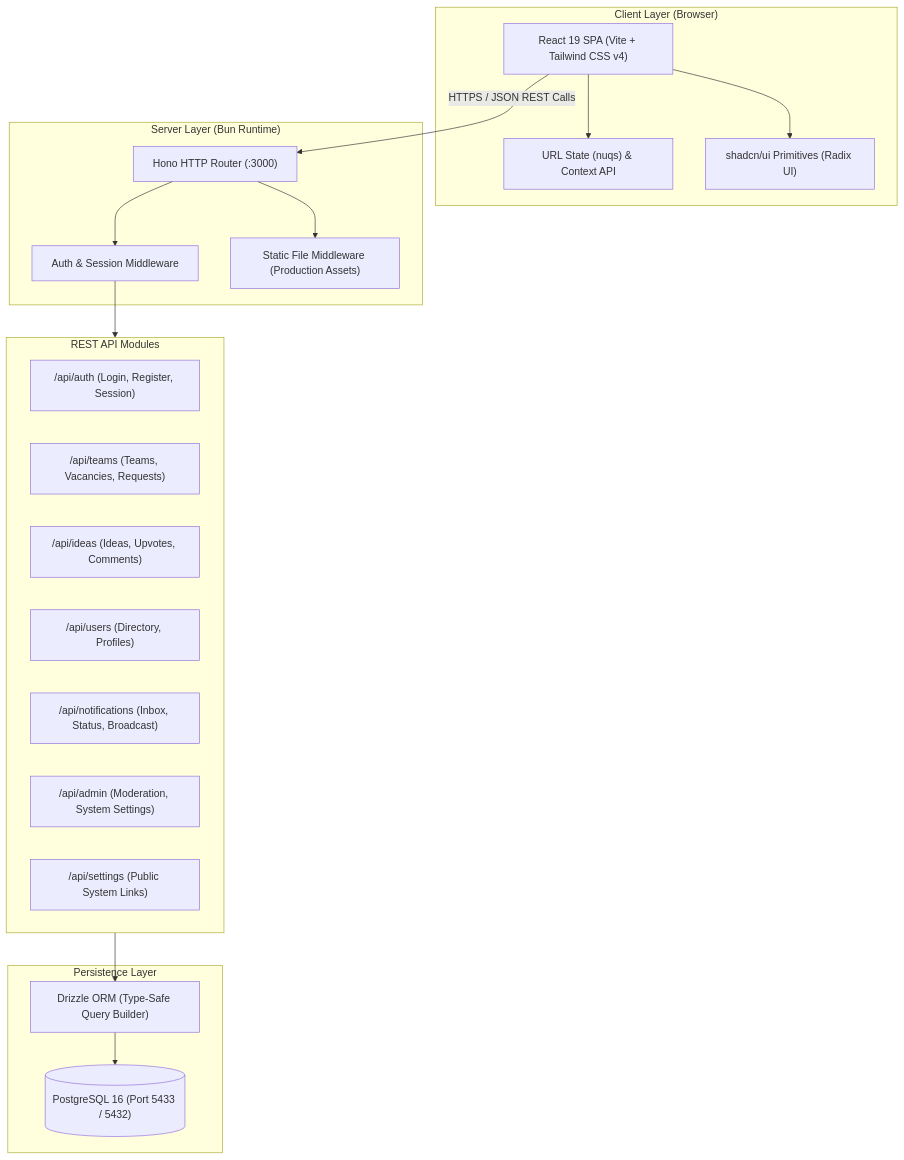
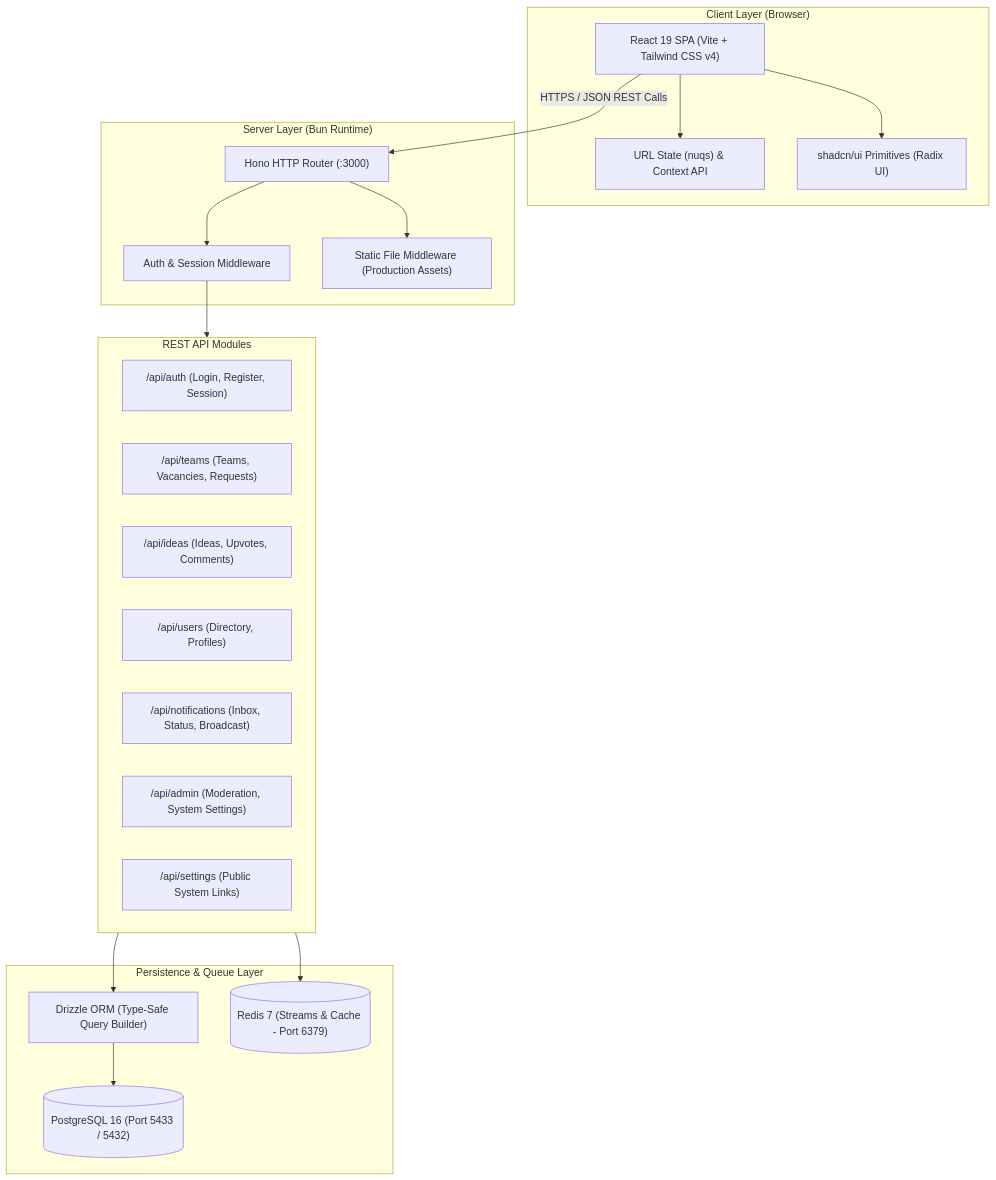
The first of 4 diagrams in docs/architecture.md (rafifmsn/umbc), drawn with Mermaid before and after one commit. The commit also changed other lines of this file, not shown here.

Commit message:
docs(architecture): document redis streams queue, rate limiter, and cache architecture

````diff
--- a/docs/architecture.md
+++ b/docs/architecture.md
@@ -11,39 +11,41 @@
 ```mermaid
 flowchart TD
     subgraph Client ["Client Layer (Browser)"]
         UI["React 19 SPA (Vite + Tailwind CSS v4)"]
         State["URL State (nuqs) & Context API"]
         Components["shadcn/ui Primitives (Radix UI)"]
         UI --> State
         UI --> Components
     end
 
     subgraph Server ["Server Layer (Bun Runtime)"]
         Hono["Hono HTTP Router (:3000)"]
         AuthMiddleware["Auth & Session Middleware"]
         StaticServe["Static File Middleware (Production Assets)"]
 
         Hono --> StaticServe
         Hono --> AuthMiddleware
     end
 
     subgraph API ["REST API Modules"]
         AuthRoutes["/api/auth (Login, Register, Session)"]
         TeamRoutes["/api/teams (Teams, Vacancies, Requests)"]
         IdeaRoutes["/api/ideas (Ideas, Upvotes, Comments)"]
         UserRoutes["/api/users (Directory, Profiles)"]
         NotifyRoutes["/api/notifications (Inbox, Status, Broadcast)"]
         AdminRoutes["/api/admin (Moderation, System Settings)"]
         SettingsRoutes["/api/settings (Public System Links)"]
     end
 
-    subgraph Database ["Persistence Layer"]
+    subgraph Database ["Persistence & Queue Layer"]
         Drizzle["Drizzle ORM (Type-Safe Query Builder)"]
         Postgres[("PostgreSQL 16 (Port 5433 / 5432)")]
+        Redis[("Redis 7 (Streams & Cache - Port 6379)")]
         Drizzle --> Postgres
     end
 
     UI -- "HTTPS / JSON REST Calls" --> Hono
     AuthMiddleware --> API
     API --> Drizzle
+    API --> Redis
 ```
````
